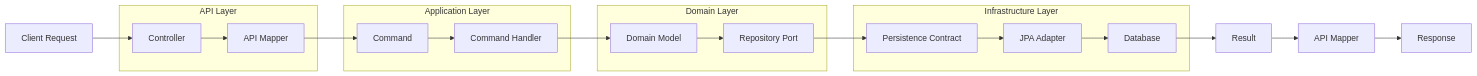
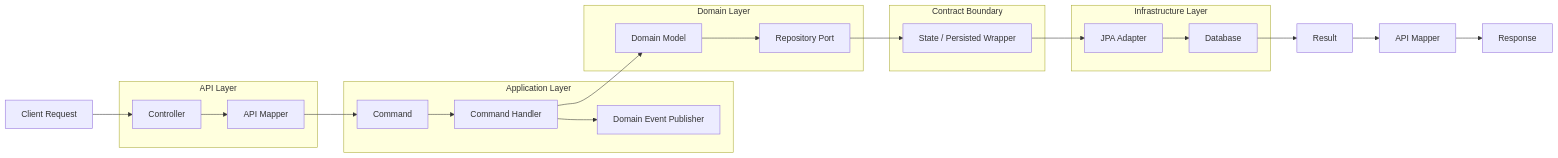
One commit to woojun-k/pabal changed the first of 3 diagrams in README.md. Above: the diagram before and after it, drawn with Mermaid. The commit also changed other lines of this file, not shown here.

````diff
--- a/README.md
+++ b/README.md
@@ -62,28 +72,32 @@
 ```mermaid
 flowchart LR
     A["Client Request"] --> B["Controller"]
 
     subgraph API["API Layer"]
         B --> C["API Mapper"]
     end
 
     subgraph APP["Application Layer"]
         C --> D["Command"]
         D --> E["Command Handler"]
+        E --> F["Domain Event Publisher"]
     end
 
     subgraph DOMAIN["Domain Layer"]
-        E --> F["Domain Model"]
-        F --> G["Repository Port"]
+        E --> G["Domain Model"]
+        G --> H["Repository Port"]
+    end
+
+    subgraph CONTRACT["Contract Boundary"]
+        H --> I["State / Persisted Wrapper"]
     end
 
     subgraph INFRA["Infrastructure Layer"]
-        G --> H["Persistence Contract"]
-        H --> I["JPA Adapter"]
-        I --> J["Database"]
+        I --> J["JPA Adapter"]
+        J --> K["Database"]
     end
 
-    J --> K["Result"]
-    K --> L["API Mapper"]
-    L --> M["Response"]
+    K --> L["Result"]
+    L --> M["API Mapper"]
+    M --> N["Response"]
 ```
````
